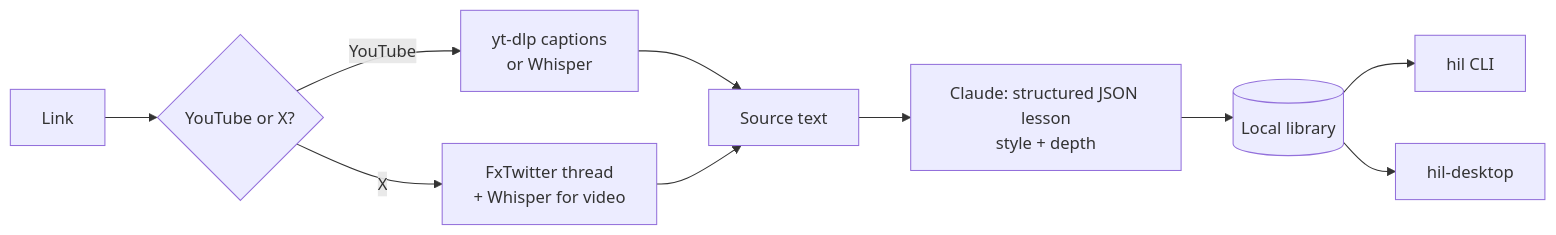
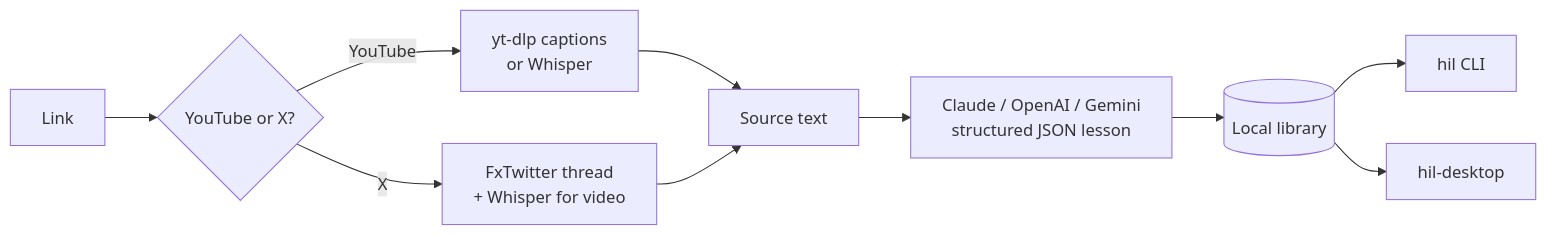
The diagram in README.md (umararshad4/honey-interactive-learn), drawn with Mermaid before and after one commit. The commit also changed other lines of this file and 26 other files, not shown here.

First line of the commit message:
feat: OpenAI and Gemini providers, settings, macOS .app (v0.2.0)

````diff
--- a/README.md
+++ b/README.md
@@ -140,12 +168,12 @@
 ```mermaid
 flowchart LR
     A[Link] --> B{YouTube or X?}
     B -->|YouTube| C[yt-dlp captions<br/>or Whisper]
     B -->|X| D[FxTwitter thread<br/>+ Whisper for video]
     C --> E[Source text]
     D --> E
-    E --> F[Claude: structured JSON lesson<br/>style + depth]
+    E --> F[Claude / OpenAI / Gemini<br/>structured JSON lesson]
     F --> G[(Local library)]
     G --> H[hil CLI]
     G --> I[hil-desktop]
 ```
````
